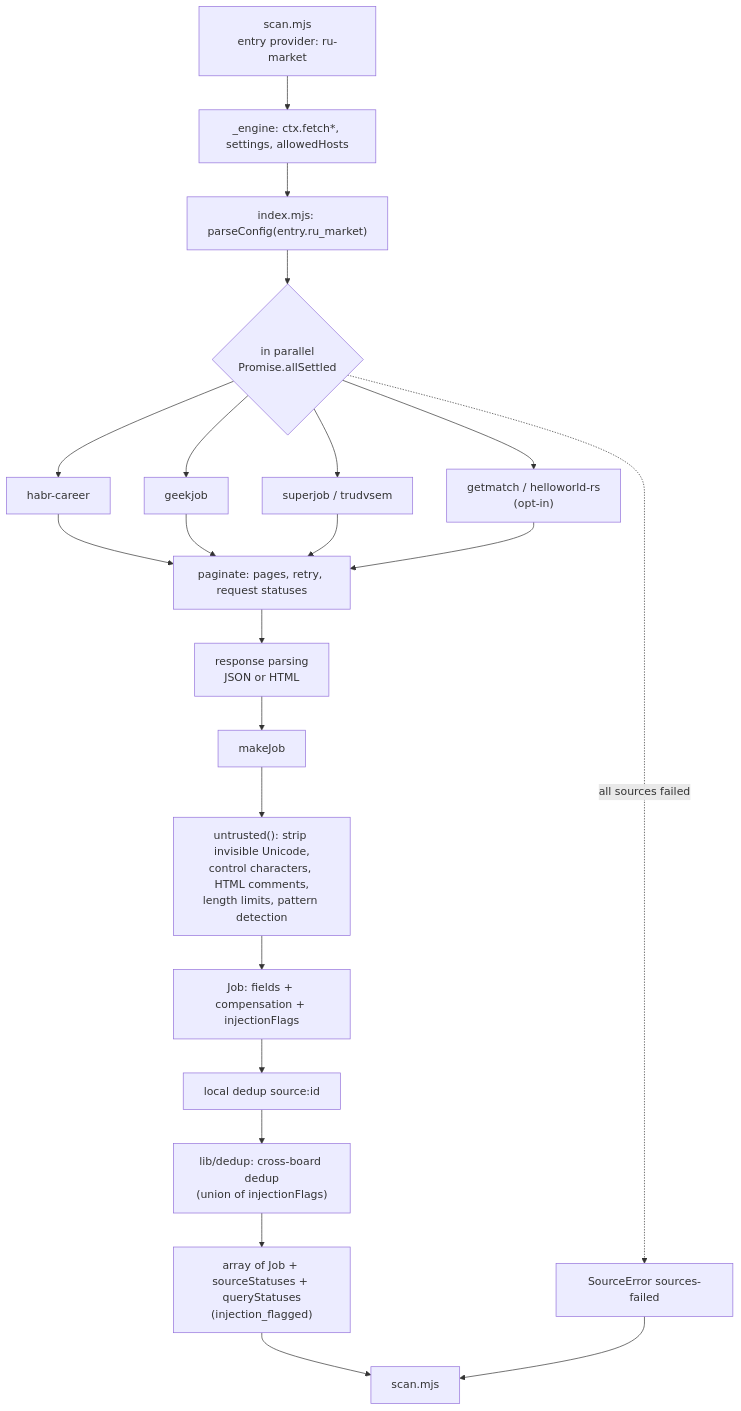
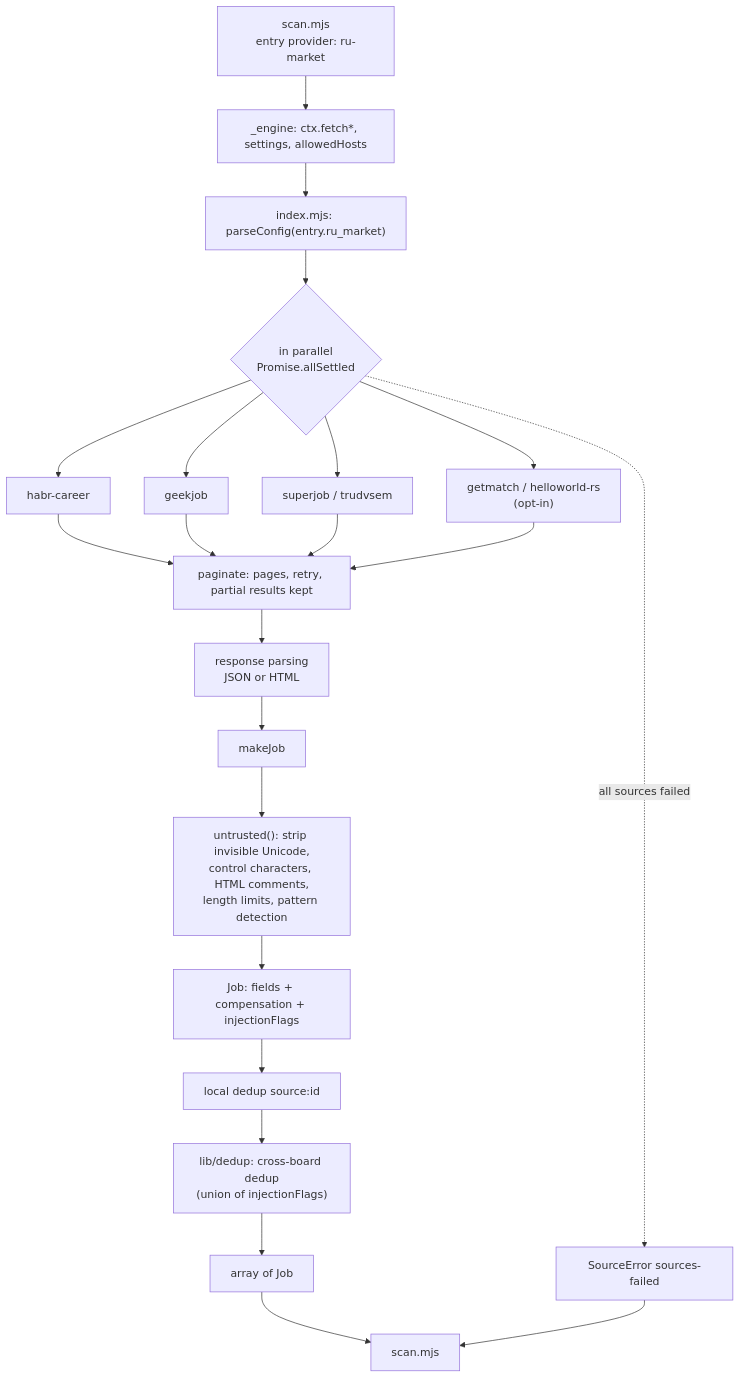
Before and after one commit to WindowGenerator/career-ops-plugin-ru-market: the first of 3 diagrams in docs/architecture/data-flow.md, drawn with Mermaid. The commit also changed other lines of this file and 18 other files, not shown here.

````diff
--- a/docs/architecture/data-flow.md
+++ b/docs/architecture/data-flow.md
@@ -13,21 +13,21 @@
 ```mermaid
 flowchart TD
   A["scan.mjs<br/>entry provider: ru-market"] --> B["_engine: ctx.fetch*, settings, allowedHosts"]
   B --> C["index.mjs: parseConfig(entry.ru_market)"]
   C --> D{"in parallel<br/>Promise.allSettled"}
   D --> E1["habr-career"]
   D --> E2["geekjob"]
   D --> E3["superjob / trudvsem"]
   D --> E4["getmatch / helloworld-rs<br/>(opt-in)"]
-  E1 & E2 & E3 & E4 --> F["paginate: pages, retry, request statuses"]
+  E1 & E2 & E3 & E4 --> F["paginate: pages, retry, partial results kept"]
   F --> G["response parsing<br/>JSON or HTML"]
   G --> H["makeJob"]
   H --> U["untrusted(): strip invisible Unicode,<br/>control characters, HTML comments,<br/>length limits, pattern detection"]
   U --> H2["Job: fields + compensation + injectionFlags"]
   H2 --> L["local dedup source:id"]
   L --> M["lib/dedup: cross-board dedup<br/>(union of injectionFlags)"]
-  M --> N["array of Job + sourceStatuses + queryStatuses<br/>(injection_flagged)"]
+  M --> N["array of Job"]
   D -.->|"all sources failed"| X["SourceError sources-failed"]
   N --> S["scan.mjs"]
   X --> S
 ```
````
